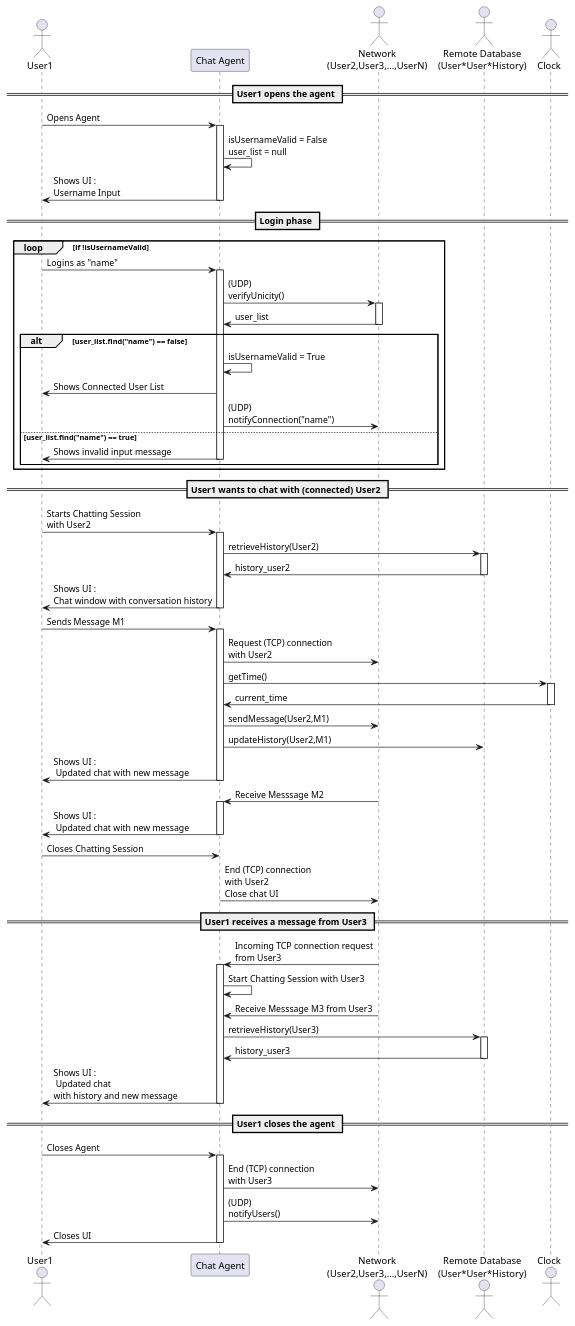
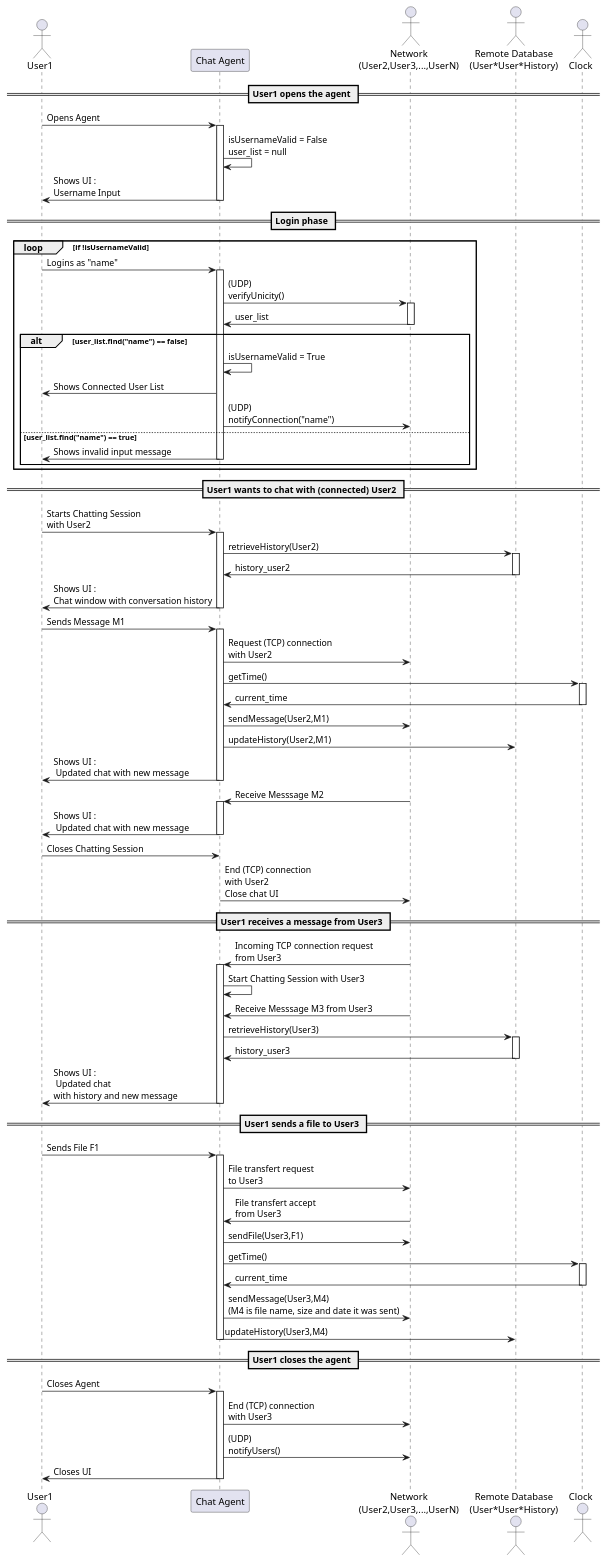
Before and after one commit to scanim-valentin/decentralized-chat-system: the diagram in PlantUML/sequence_black_box.wsd, drawn with PlantUML. The commit also changed 5 other files, not shown here.

```diff
--- a/PlantUML/sequence_black_box.wsd
+++ b/PlantUML/sequence_black_box.wsd
@@ -1,69 +1,78 @@
 @startuml sequence_black_box
 actor User1 as User
 participant "Chat Agent" as chatAgent
 actor "Network\n(User2,User3,...,UserN)" as Network
 actor "Remote Database\n(User*User*History)" as db
 actor "Clock" as Clock
 
 == User1 opens the agent ==
 
 User -> chatAgent ++ : Opens Agent
   chatAgent -> chatAgent : isUsernameValid = False\nuser_list = null
 chatAgent -> User -- : Shows UI :\nUsername Input
 
 == Login phase ==
 
 loop if !isUsernameValid
 User -> chatAgent ++ : Logins as "name"
 
 chatAgent -> Network ++ : (UDP)\nverifyUnicity()
 Network -> chatAgent -- : user_list
  
 alt user_list.find("name") == false
 chatAgent -> chatAgent : isUsernameValid = True
 User <- chatAgent : Shows Connected User List
 chatAgent -> Network : (UDP)\nnotifyConnection("name")
     else user_list.find("name") == true
 User <- chatAgent -- : Shows invalid input message
     end
 end
 
 == User1 wants to chat with (connected) User2 ==
 
 User -> chatAgent ++ : Starts Chatting Session\nwith User2
   chatAgent -> db ++ : retrieveHistory(User2)
   db -> chatAgent -- : history_user2
 chatAgent -> User -- : Shows UI :\nChat window with conversation history
 
 User -> chatAgent ++ : Sends Message M1
   chatAgent -> Network : Request (TCP) connection\nwith User2
   chatAgent -> Clock ++ : getTime()
   Clock -> chatAgent -- : current_time
   chatAgent -> Network : sendMessage(User2,M1)
   chatAgent -> db : updateHistory(User2,M1)
 chatAgent -> User -- : Shows UI :\n Updated chat with new message
 
 Network -> chatAgent ++ : Receive Messsage M2
 chatAgent -> User -- : Shows UI :\n Updated chat with new message
 
 User -> chatAgent : Closes Chatting Session
 chatAgent -> Network : End (TCP) connection\nwith User2\nClose chat UI
 
 == User1 receives a message from User3 ==
 
 Network -> chatAgent ++ : Incoming TCP connection request\nfrom User3
 chatAgent -> chatAgent : Start Chatting Session with User3
 Network -> chatAgent : Receive Messsage M3 from User3
 
   chatAgent -> db ++ : retrieveHistory(User3) 
   db -> chatAgent -- : history_user3
 chatAgent -> User -- : Shows UI :\n Updated chat\nwith history and new message
 
+== User1 sends a file to User3 ==
+User -> chatAgent ++ : Sends File F1
+chatAgent -> Network : File transfert request\nto User3
+Network -> chatAgent : File transfert accept\nfrom User3
+chatAgent -> Network : sendFile(User3,F1)
+chatAgent -> Clock ++ : getTime()
+Clock -> chatAgent -- : current_time
+chatAgent -> Network : sendMessage(User3,M4)\n(M4 is file name, size and date it was sent)
+chatAgent -> db -- : updateHistory(User3,M4)
 == User1 closes the agent ==
 
 User -> chatAgent ++ : Closes Agent
   chatAgent -> Network : End (TCP) connection\nwith User3
   chatAgent -> Network : (UDP)\nnotifyUsers()
 chatAgent -> User -- : Closes UI
 
 @enduml
```
